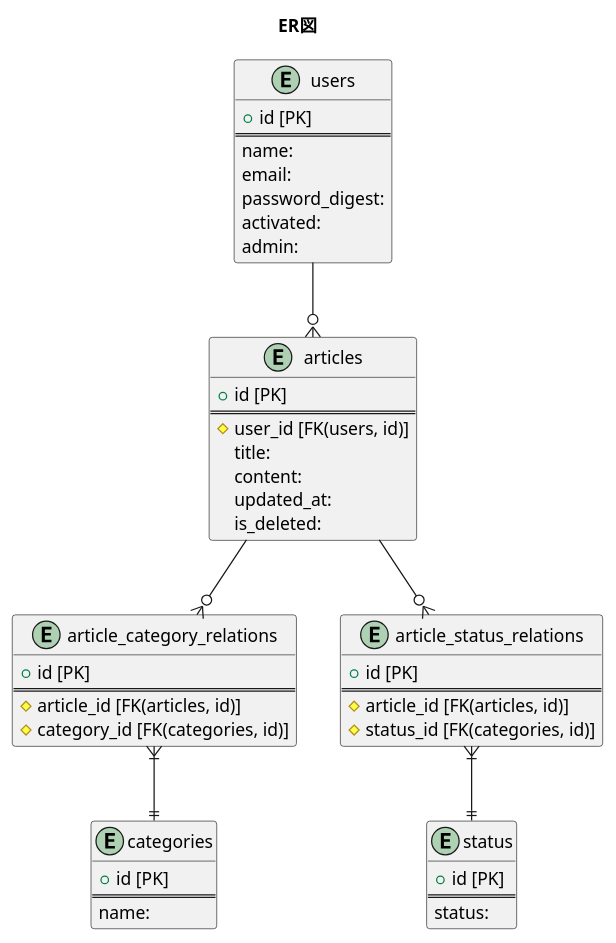
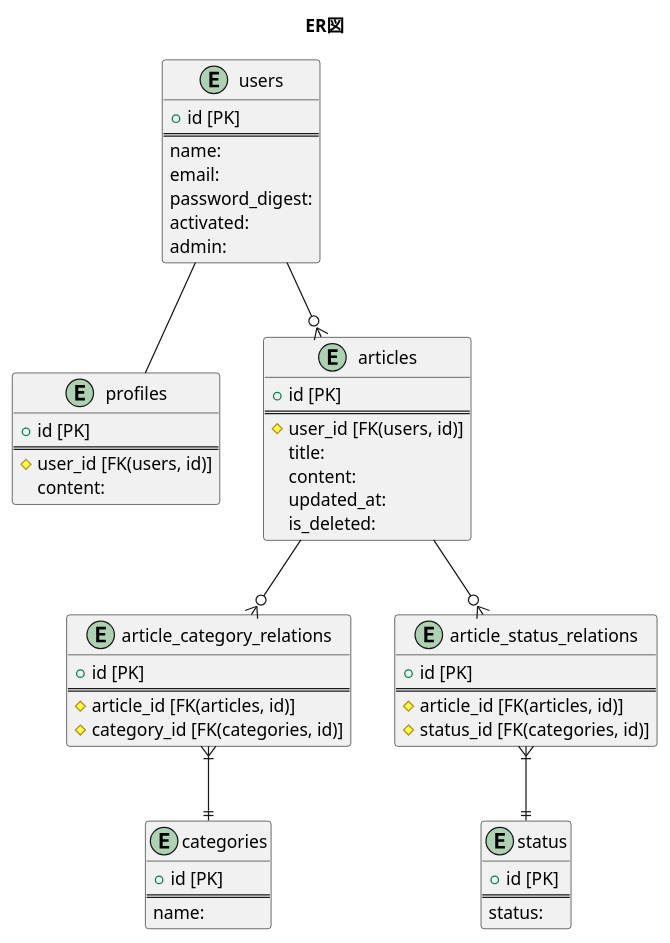
Before and after one commit to t0k1ya/junk-box: the diagram in docs/uml/er_diagram.pu, drawn with PlantUML. The commit also changed 1 other file, not shown here.

```diff
--- a/docs/uml/er_diagram.pu
+++ b/docs/uml/er_diagram.pu
@@ -1,57 +1,65 @@
 @startuml
 title ER図
 
 entity users {
   + id [PK]
   ==
   name:
   email:
   password_digest:
   activated:
   admin:
+}
+
+entity profiles {
+  + id [PK]
+  ==
+  # user_id [FK(users, id)]
+  content:
 }
 
 entity articles {
   + id [PK]
   ==
   # user_id [FK(users, id)]
   title:
   content:
   updated_at:
   is_deleted:
 }
 
 entity article_category_relations {
   + id [PK]
   ==
   # article_id [FK(articles, id)]
   # category_id [FK(categories, id)]
 }
 
 entity categories {
   + id [PK]
   ==
   name:
 }
 
 entity article_status_relations {
   + id [PK]
   ==
   # article_id [FK(articles, id)]
   # status_id [FK(categories, id)]
 }
 
 entity status {
   + id [PK]
   ==
   status:
 }
 
 /' リレーション '/
 users --o{ articles
+users -- profiles
 articles --o{ article_category_relations
 articles --o{ article_status_relations
 article_category_relations }|--|| categories
 article_status_relations }|--|| status
 
 @enduml
```
